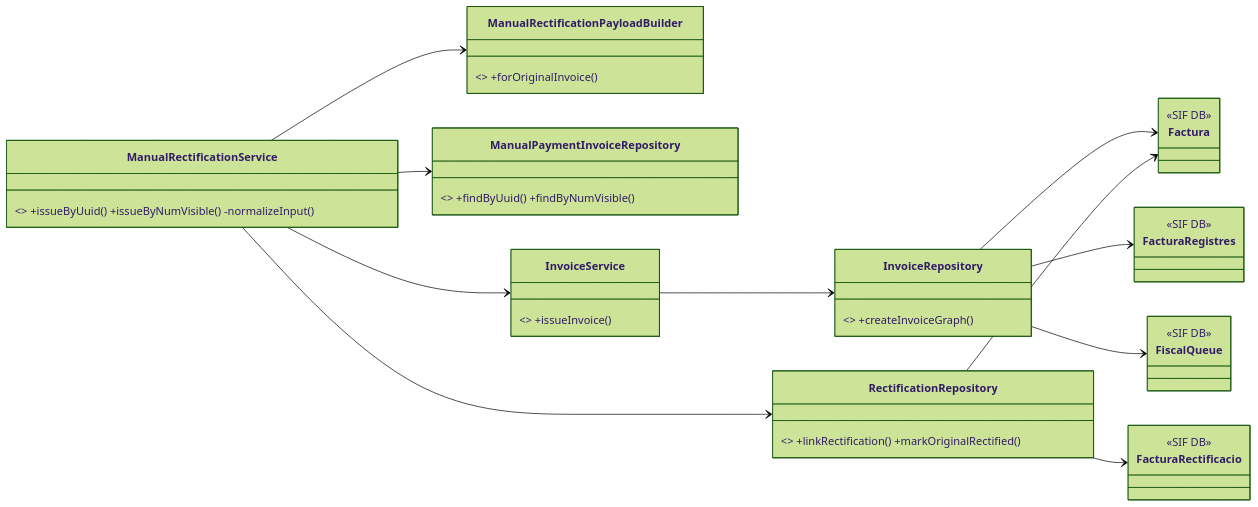
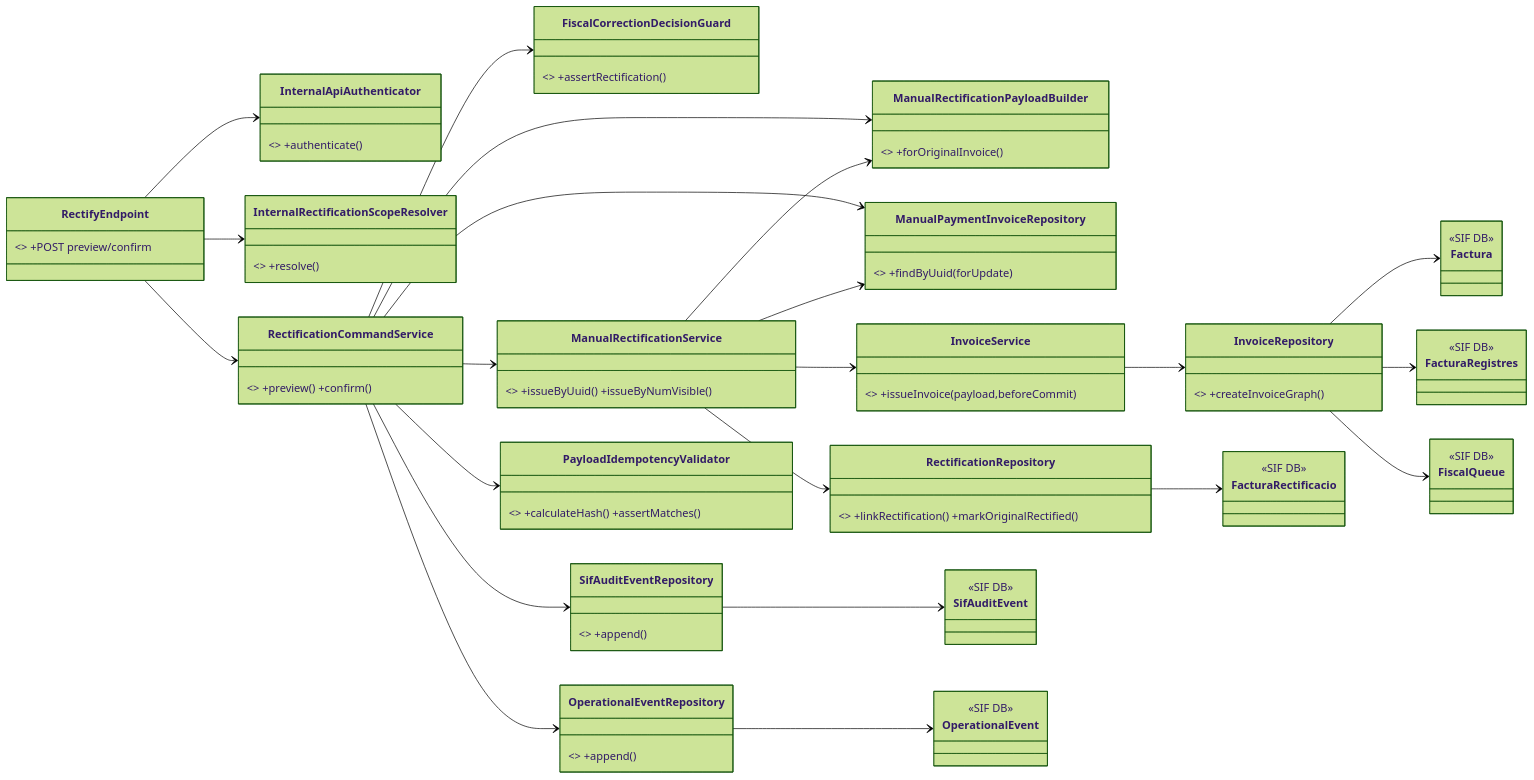
Before and after one commit to orgmeriemprismacat-del/verifactu: the second of 3 diagrams in documentacio/07-uml-integrat/uc-005-classes-actual-final.md, drawn with Mermaid (forest theme). The commit also changed other lines of this file, not shown here.

Commit message:
docs(UC-005): reconcilia classes amb backend implementat

````diff
--- a/documentacio/07-uml-integrat/uc-005-classes-actual-final.md
+++ b/documentacio/07-uml-integrat/uc-005-classes-actual-final.md
@@ -35,25 +38,46 @@
 ```mermaid
 classDiagram
 direction LR
-class ManualRectificationService { <<EXISTEIX>> +issueByUuid() +issueByNumVisible() -normalizeInput() }
-class ManualRectificationPayloadBuilder { <<EXISTEIX>> +forOriginalInvoice() }
-class ManualPaymentInvoiceRepository { <<EXISTEIX>> +findByUuid() +findByNumVisible() }
+class RectifyEndpoint { <<IMPLEMENTAT>> +POST preview/confirm }
+class InternalApiAuthenticator { <<EXISTEIX>> +authenticate() }
+class InternalRectificationScopeResolver { <<IMPLEMENTAT>> +resolve() }
+class FiscalCorrectionDecisionGuard { <<IMPLEMENTAT>> +assertRectification() }
+class RectificationCommandService { <<IMPLEMENTAT>> +preview() +confirm() }
+class ManualRectificationService { <<IMPLEMENTAT>> +issueByUuid() +issueByNumVisible() }
+class ManualRectificationPayloadBuilder { <<IMPLEMENTAT>> +forOriginalInvoice() }
+class ManualPaymentInvoiceRepository { <<EXISTEIX>> +findByUuid(forUpdate) }
 class RectificationRepository { <<EXISTEIX>> +linkRectification() +markOriginalRectified() }
-class InvoiceService { <<EXISTEIX>> +issueInvoice() }
+class InvoiceService { <<AMPLIAT>> +issueInvoice(payload,beforeCommit) }
 class InvoiceRepository { <<EXISTEIX>> +createInvoiceGraph() }
+class SifAuditEventRepository { <<IMPLEMENTAT>> +append() }
+class OperationalEventRepository { <<EXISTEIX>> +append() }
+class PayloadIdempotencyValidator { <<EXISTEIX>> +calculateHash() +assertMatches() }
 class Factura { <<SIF DB>> }
 class FacturaRectificacio { <<SIF DB>> }
 class FacturaRegistres { <<SIF DB>> }
 class FiscalQueue { <<SIF DB>> }
+class SifAuditEvent { <<SIF DB>> }
+class OperationalEvent { <<SIF DB>> }
 
+RectifyEndpoint --> InternalApiAuthenticator
+RectifyEndpoint --> InternalRectificationScopeResolver
+RectifyEndpoint --> RectificationCommandService
+RectificationCommandService --> FiscalCorrectionDecisionGuard
+RectificationCommandService --> PayloadIdempotencyValidator
+RectificationCommandService --> ManualPaymentInvoiceRepository
+RectificationCommandService --> ManualRectificationPayloadBuilder
+RectificationCommandService --> ManualRectificationService
+RectificationCommandService --> SifAuditEventRepository
+RectificationCommandService --> OperationalEventRepository
 ManualRectificationService --> ManualPaymentInvoiceRepository
 ManualRectificationService --> ManualRectificationPayloadBuilder
 ManualRectificationService --> InvoiceService
 ManualRectificationService --> RectificationRepository
 InvoiceService --> InvoiceRepository
 InvoiceRepository --> Factura
 InvoiceRepository --> FacturaRegistres
 InvoiceRepository --> FiscalQueue
 RectificationRepository --> FacturaRectificacio
-RectificationRepository --> Factura
+SifAuditEventRepository --> SifAuditEvent
+OperationalEventRepository --> OperationalEvent
 ```
````
